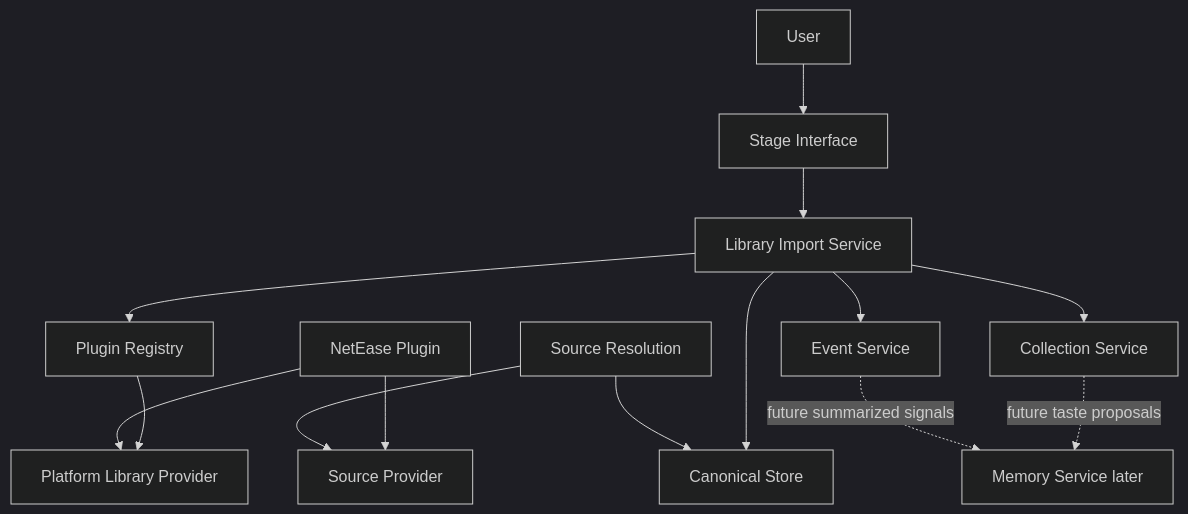
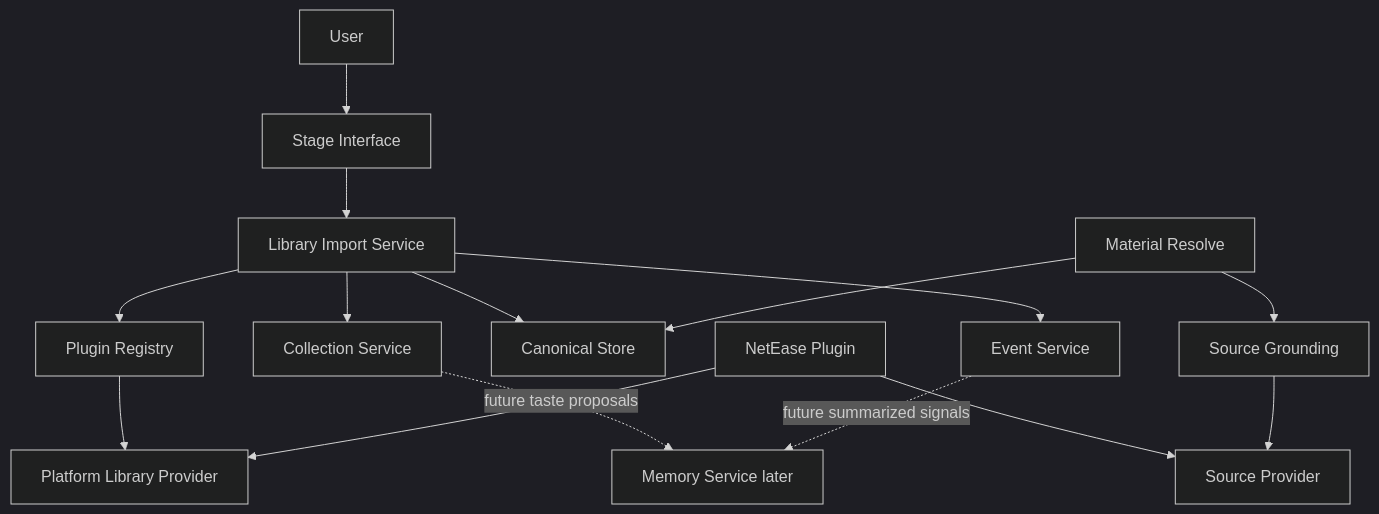
Before and after one commit to Odefined/MineMusic: the first of 2 diagrams in docs/library-import/design.md, drawn with Mermaid (dark theme). The commit also changed other lines of this file and 33 other files, not shown here.

Commit message:
Split material resolve from source grounding

````diff
--- a/docs/library-import/design.md
+++ b/docs/library-import/design.md
@@ -73,29 +73,31 @@
 ```mermaid
 flowchart TD
     User["User"]
     StageInterface["Stage Interface"]
     ImportService["Library Import Service"]
     PluginRegistry["Plugin Registry"]
     LibraryProvider["Platform Library Provider"]
     SourceProvider["Source Provider"]
     NetEasePlugin["NetEase Plugin"]
     CanonicalStore["Canonical Store"]
     CollectionService["Collection Service"]
     EventService["Event Service"]
-    SourceResolution["Source Resolution"]
+    MaterialResolve["Material Resolve"]
+    SourceGrounding["Source Grounding"]
     MemoryService["Memory Service later"]
 
     User --> StageInterface
     StageInterface --> ImportService
     ImportService --> PluginRegistry
     PluginRegistry --> LibraryProvider
     NetEasePlugin --> LibraryProvider
     NetEasePlugin --> SourceProvider
     ImportService --> CanonicalStore
     ImportService --> CollectionService
     ImportService --> EventService
-    SourceResolution --> SourceProvider
-    SourceResolution --> CanonicalStore
+    MaterialResolve --> SourceGrounding
+    MaterialResolve --> CanonicalStore
+    SourceGrounding --> SourceProvider
     CollectionService -. "future taste proposals" .-> MemoryService
     EventService -. "future summarized signals" .-> MemoryService
 ```
````
